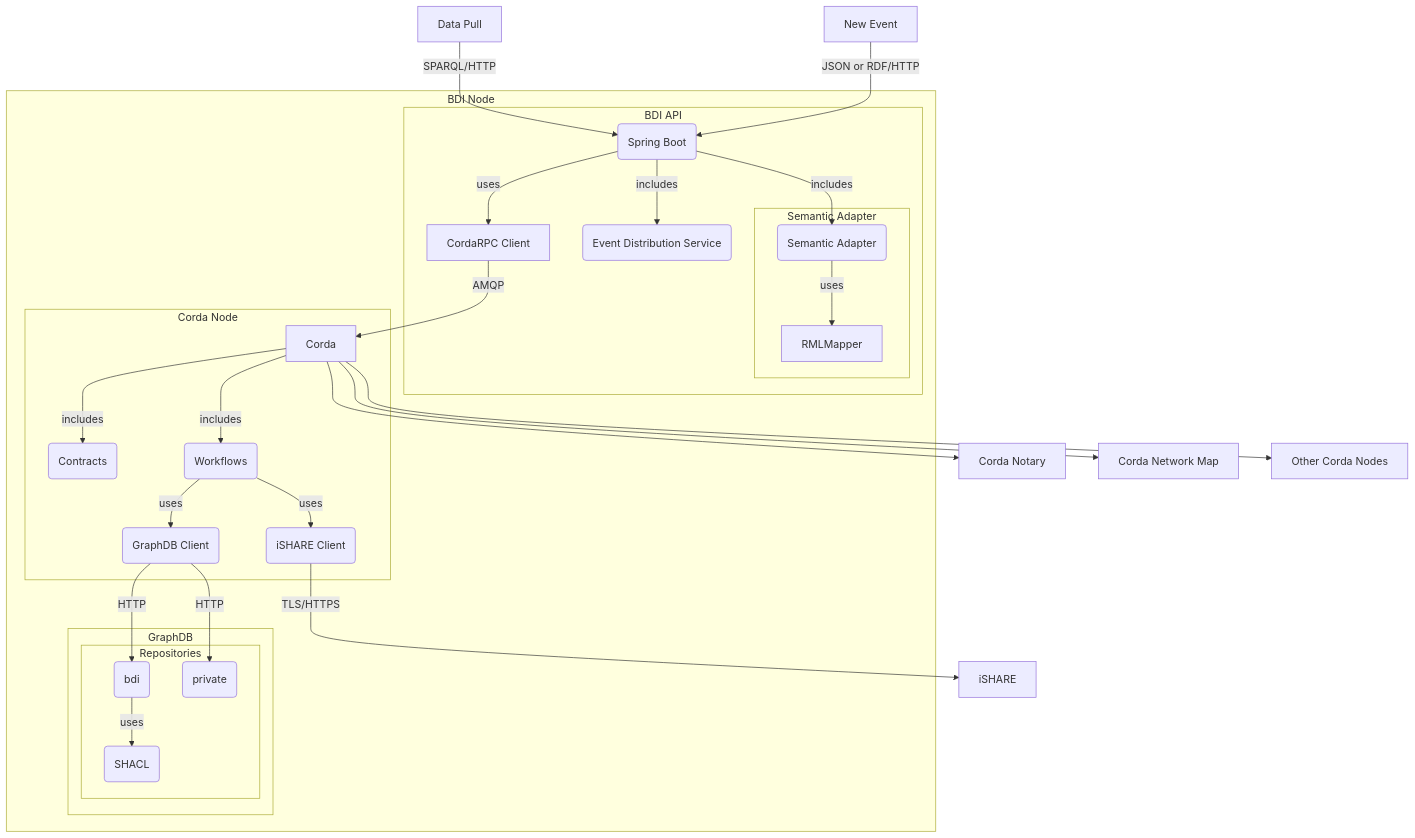
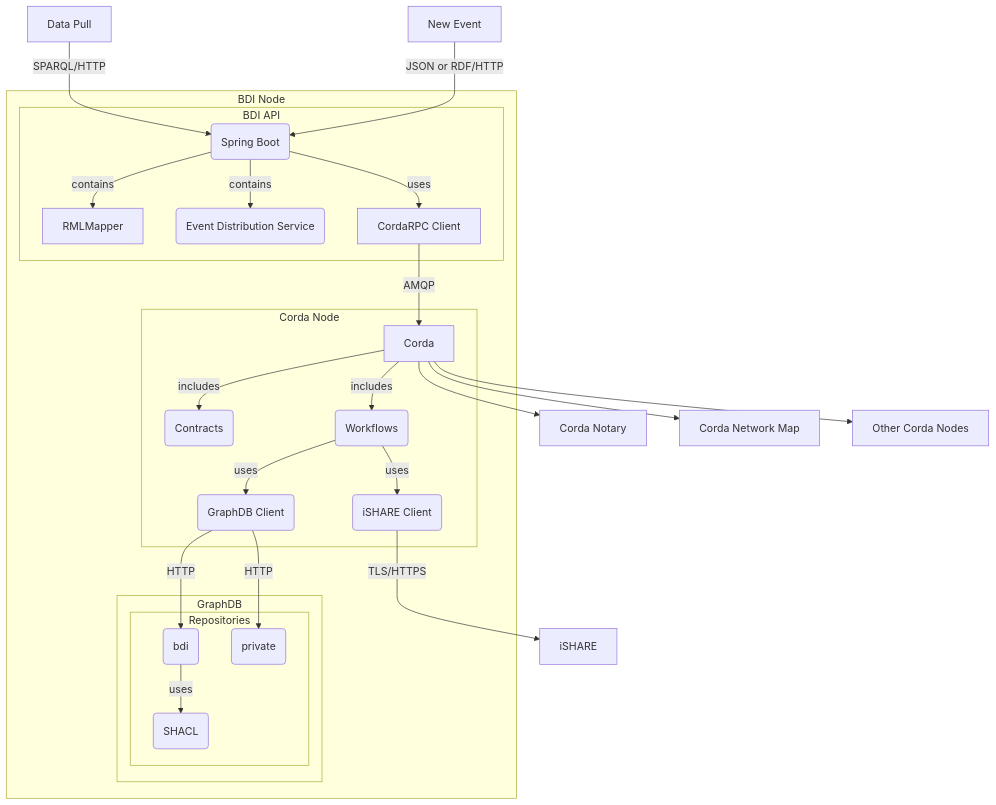
One commit to federatedplatforms/FEDeRATED-BDI changed the diagram in docs/README.md. Above: the diagram before and after it, drawn with Mermaid. The commit also changed other lines of this file and 25 other files, not shown here.

Commit message:
Remove semantic adapter module

````diff
--- a/docs/README.md
+++ b/docs/README.md
@@ -7,33 +7,30 @@
 ```mermaid
 graph TD
     DataPull[Data Pull] -- SPARQL/HTTP --> API
     PublishEvent[New Event] -- JSON or RDF/HTTP --> API
         subgraph BDI Node
             subgraph api[BDI API]
-            API(Spring Boot) -- includes --> SEM(Semantic Adapter)
-            API -- includes --> EventDistribution(Event Distribution Service)
-            subgraph Semantic Adapter
-            SEM -- uses --> RMLMapper
-            end
+            API(Spring Boot) -- contains --> RMLMapper
+            API -- contains --> EventDistribution(Event Distribution Service)
             API -- uses --> CordaRPC[CordaRPC Client]
             end
             CordaRPC -- AMQP --> CORDA[Corda]
             subgraph Corda Node [Corda Node]
                 CORDA -- includes --> Contracts(Contracts)
                 CORDA -- includes --> Workflows(Workflows)
                 Workflows -- uses --> iSHARE(iSHARE Client)
                 Workflows -- uses --> GRAPHDB(GraphDB Client)
             end
             subgraph GraphDB
                 subgraph Repositories
                     GRAPHDB -- HTTP --> BDI(bdi)
                     GRAPHDB -- HTTP --> PRIVATE(private)
                     BDI -- uses --> SHACL(SHACL)
                 end
             end
         end
     CORDA --> Notary[Corda Notary]
     CORDA --> NetworkMap[Corda Network Map]
     CORDA --> OtherCorda[Other Corda Nodes]    
     iSHARE -- TLS/HTTPS --> ISHARE[iSHARE]
 ```
````
